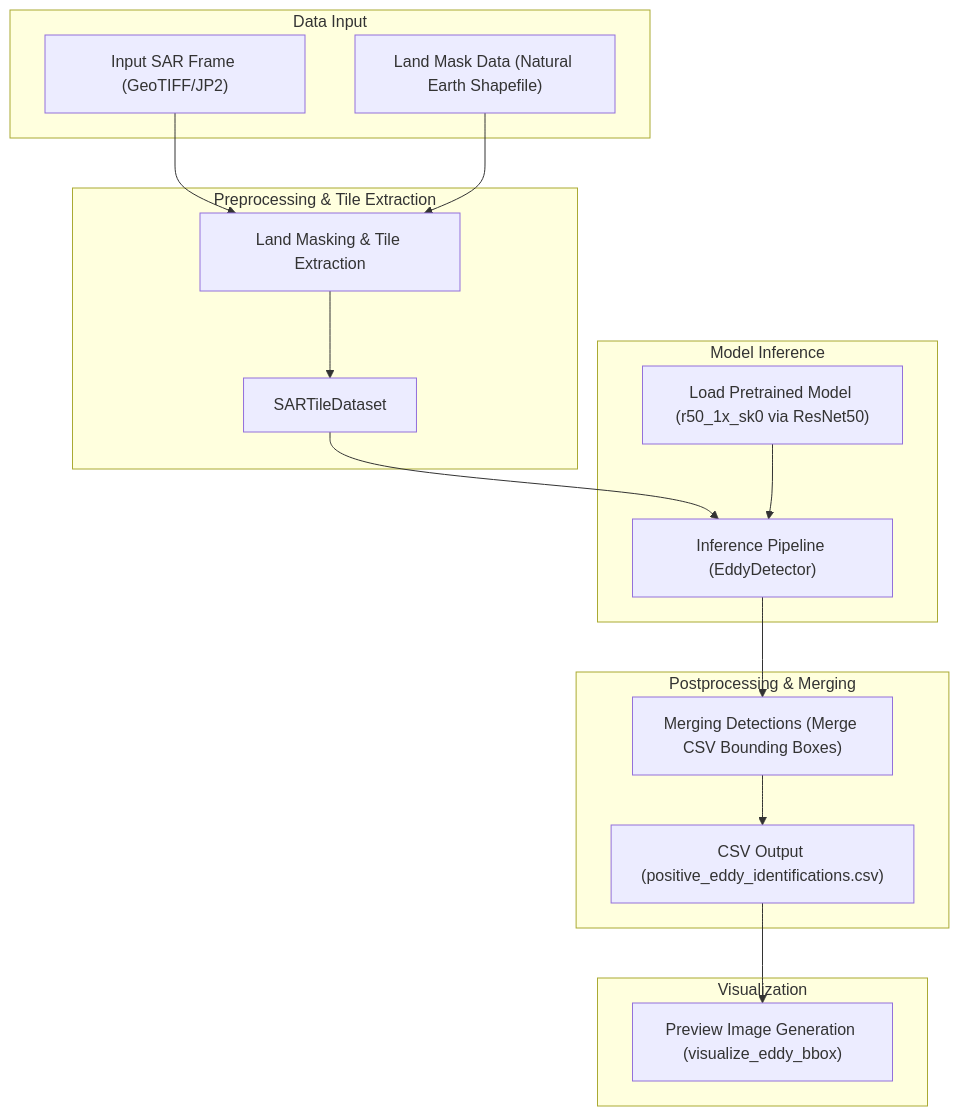
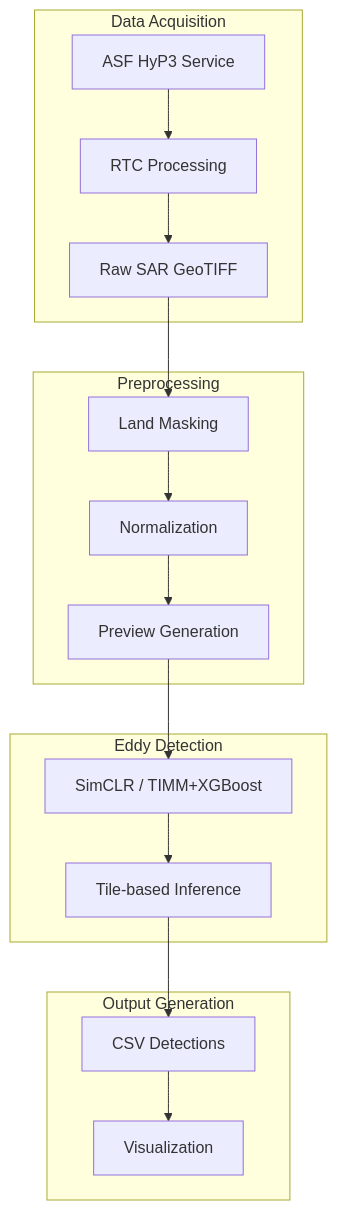
Before and after one commit to jpl-slice/sar_eddy_detector_demo: the diagram in README.md, drawn with Mermaid. The commit also changed other lines of this file and 17 other files, not shown here.

`````diff
--- a/README.md
+++ b/README.md
@@ -16,35 +30,29 @@
 ```mermaid
 flowchart TD
-    subgraph Data_Input["Data Input"]
-      A["Input SAR Frame (GeoTIFF/JP2)"]
-      B["Land Mask Data (Natural Earth Shapefile)"]
+    subgraph HyP3["Data Acquisition"]
+      A["ASF HyP3 Service"]
+      B["RTC Processing"]
+      C["Raw SAR GeoTIFF"]
     end
 
-    subgraph Preprocessing["Preprocessing & Tile Extraction"]
-      C["SARTileDataset"]
-      D["Land Masking & Tile Extraction"]
+    subgraph Processing["Preprocessing"]
+      D["Land Masking"]
+      E["Normalization"]
+      F["Preview Generation"]
     end
 
-    subgraph Inference["Model Inference"]
-      E["Load Pretrained Model (r50_1x_sk0 via ResNet50)"]
-      F["Inference Pipeline (EddyDetector)"]
+    subgraph Detection["Eddy Detection"]
+      G["SimCLR / TIMM+XGBoost"]
+      H["Tile-based Inference"]
     end
 
-    subgraph Postprocessing["Postprocessing & Merging"]
-      G["Merging Detections (Merge CSV Bounding Boxes)"]
-      H["CSV Output (positive_eddy_identifications.csv)"]
+    subgraph Results["Output Generation"]
+      I["CSV Detections"]
+      J["Visualization"]
     end
 
-    subgraph Visualization["Visualization"]
-      I["Preview Image Generation (visualize_eddy_bbox)"]
-    end
-
-    A --> D
-    B --> D
-    D --> C
-    C --> F
-    E --> F
-    F --> G
-    G --> H
-    H --> I
-```
+    A --> B --> C
+    C --> D --> E --> F
+    F --> G --> H
+    H --> I --> J
+````
`````
